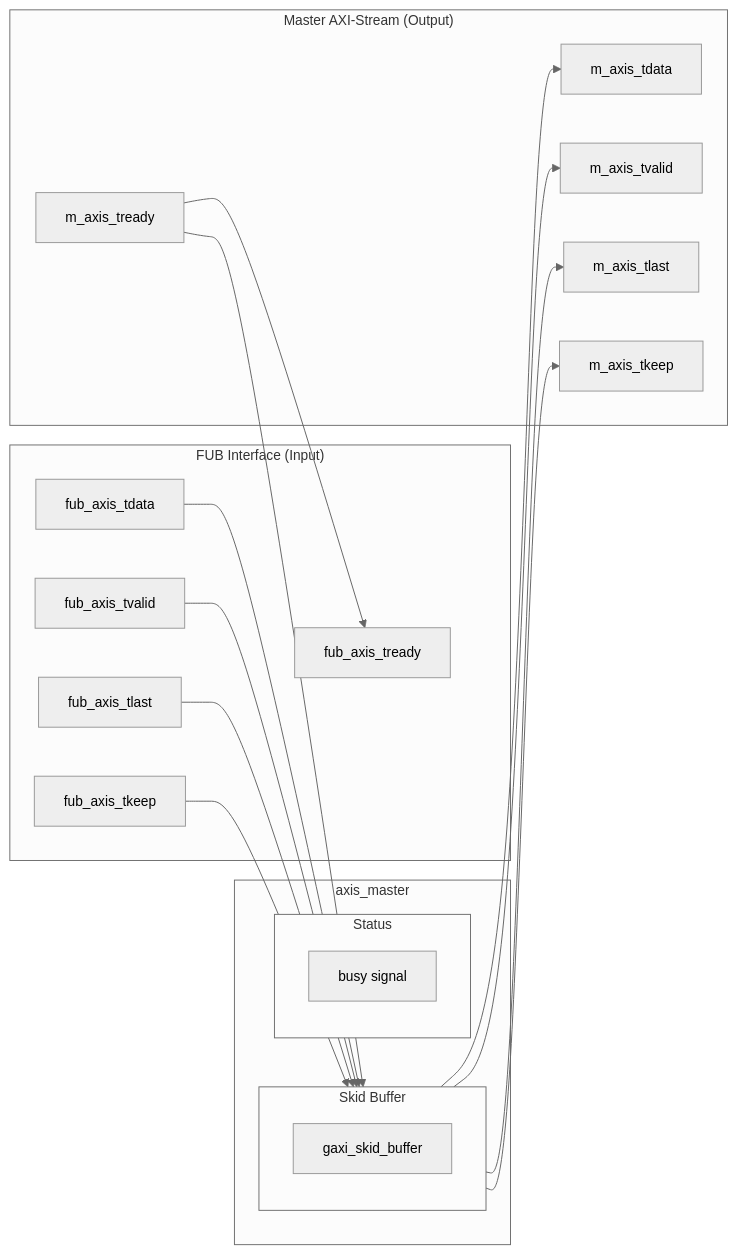
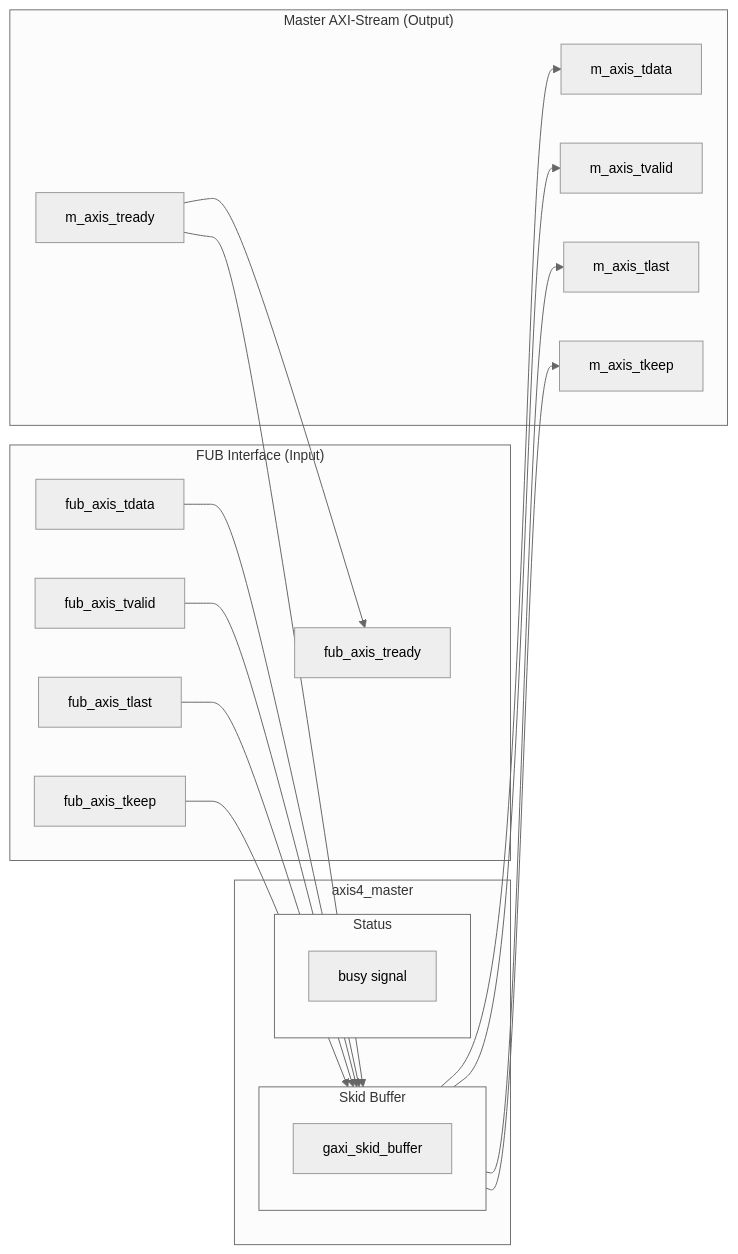
Before and after one commit to sean-galloway/RTLDesignSherpa: the diagram in docs/markdown/assets/rtl-amba/axis_master.mmd, drawn with Mermaid. The commit also changed 47 other files, not shown here.

```diff
--- a/docs/markdown/assets/rtl-amba/axis_master.mmd
+++ b/docs/markdown/assets/rtl-amba/axis_master.mmd
@@ -1,38 +1,38 @@
 %%{init: {'theme': 'neutral', 'themeVariables': { 'fontSize': '14px'}}}%%
 flowchart LR
     subgraph FUB["FUB Interface (Input)"]
         FUB_DATA["fub_axis_tdata"]
         FUB_VALID["fub_axis_tvalid"]
         FUB_LAST["fub_axis_tlast"]
         FUB_KEEP["fub_axis_tkeep"]
         FUB_READY["fub_axis_tready"]
     end
 
-    subgraph axis_master["axis_master"]
+    subgraph axis4_master["axis4_master"]
         subgraph Buffer["Skid Buffer"]
             SKID["gaxi_skid_buffer"]
         end
 
         subgraph Status["Status"]
             BUSY["busy signal"]
         end
     end
 
     subgraph Master["Master AXI-Stream (Output)"]
         M_DATA["m_axis_tdata"]
         M_VALID["m_axis_tvalid"]
         M_LAST["m_axis_tlast"]
         M_KEEP["m_axis_tkeep"]
         M_READY["m_axis_tready"]
     end
 
     FUB_DATA --> Buffer
     FUB_VALID --> Buffer
     FUB_LAST --> Buffer
     FUB_KEEP --> Buffer
     Buffer --> M_DATA
     Buffer --> M_VALID
     Buffer --> M_LAST
     Buffer --> M_KEEP
     M_READY --> Buffer
     M_READY --> FUB_READY
```
